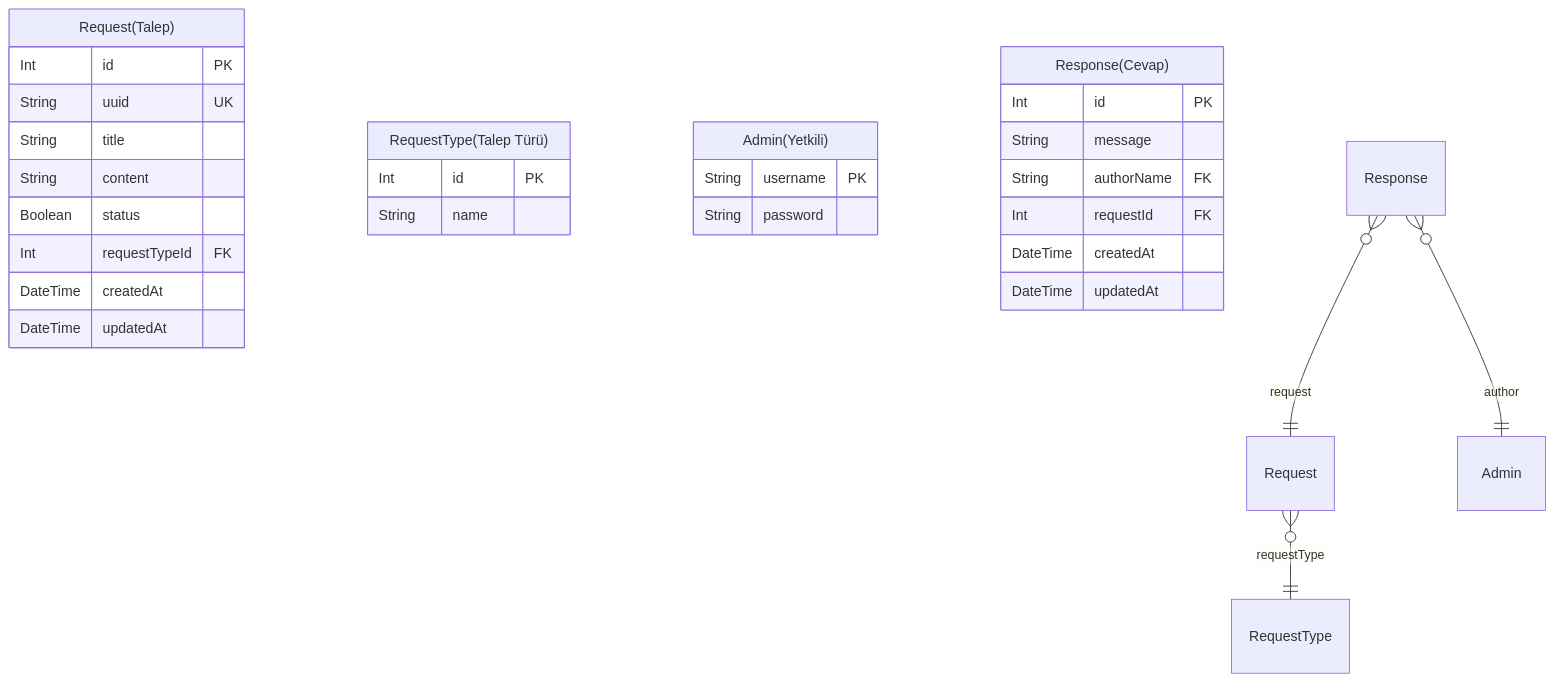
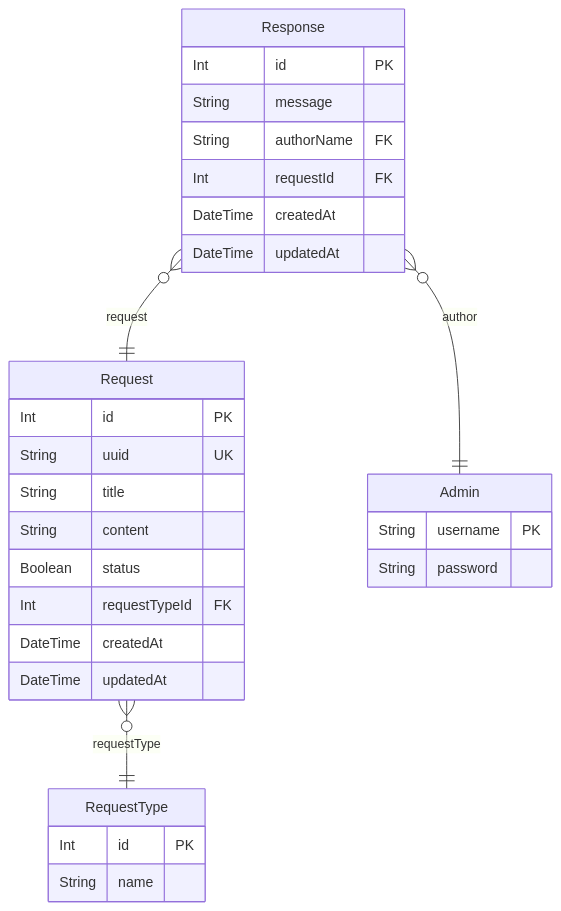
One commit to serkandyck/sayem-proje changed the diagram in prisma/ERD.md. Above: the diagram before and after it, drawn with Mermaid.

````diff
--- a/prisma/ERD.md
+++ b/prisma/ERD.md
@@ -3,32 +3,32 @@
 ```mermaid
 erDiagram
-"Request(Talep)" {
+"Request" {
     Int id PK
     String uuid UK
     String title
     String content
     Boolean status
     Int requestTypeId FK
     DateTime createdAt
     DateTime updatedAt
 }
-"RequestType(Talep Türü)" {
+"RequestType" {
     Int id PK
     String name
 }
-"Admin(Yetkili)" {
+"Admin" {
     String username PK
     String password
 }
-"Response(Cevap)" {
+"Response" {
     Int id PK
     String message
     String authorName FK
     Int requestId FK
     DateTime createdAt
     DateTime updatedAt
 }
 "Request" }o--|| "RequestType" : requestType
 "Response" }o--|| "Admin" : author
 "Response" }o--|| "Request" : request
 ```
````
